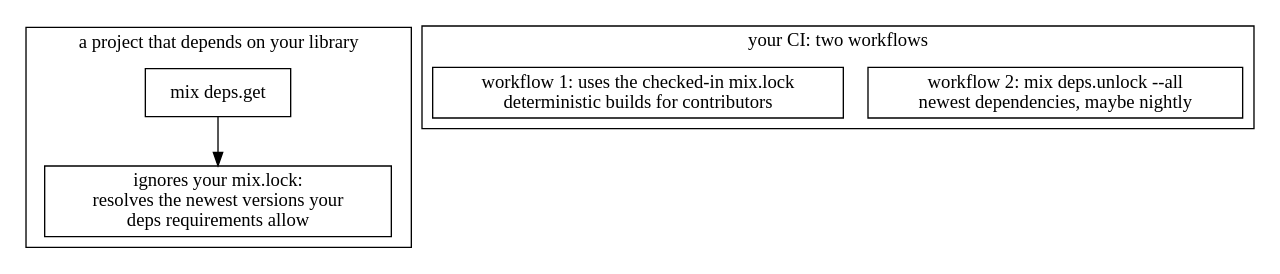
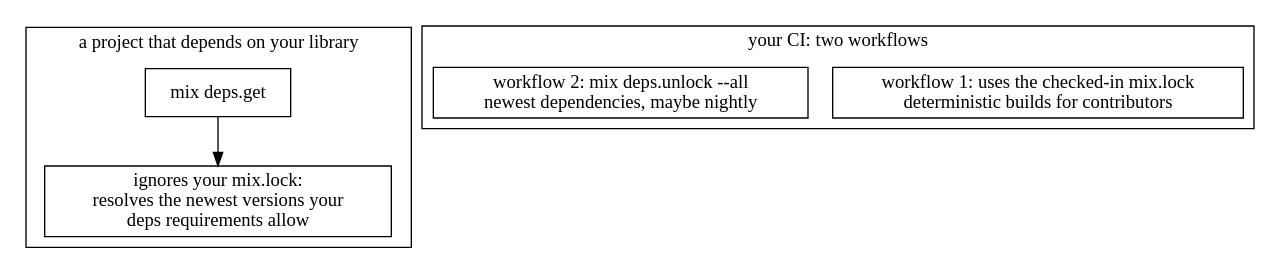
Before and after one commit to danceinthefake/visualixir: the diagram in docs/diagrams/library-guidelines/lockfile.dot, drawn with Graphviz. The commit also changed other lines of this file and 13 other files, not shown here.

First line of the commit message:
Put diagram clusters in reading order

```diff
--- a/docs/diagrams/library-guidelines/lockfile.dot
+++ b/docs/diagrams/library-guidelines/lockfile.dot
@@ -1,14 +1,14 @@
 digraph lockfile {
   node [shape=box]
   subgraph cluster_host {
     label="a project that depends on your library"
     h1 [label="mix deps.get"]
     h2 [label="ignores your mix.lock:\nresolves the newest versions your\ndeps requirements allow"]
     h1 -> h2
   }
   subgraph cluster_ci {
     label="your CI: two workflows"
+    c1 [label="workflow 1: uses the checked-in mix.lock\ndeterministic builds for contributors" class=hl]
     c2 [label="workflow 2: mix deps.unlock --all\nnewest dependencies, maybe nightly" class=hl]
-    c1 [label="workflow 1: uses the checked-in mix.lock\ndeterministic builds for contributors" class=hl]
   }
 }
```
